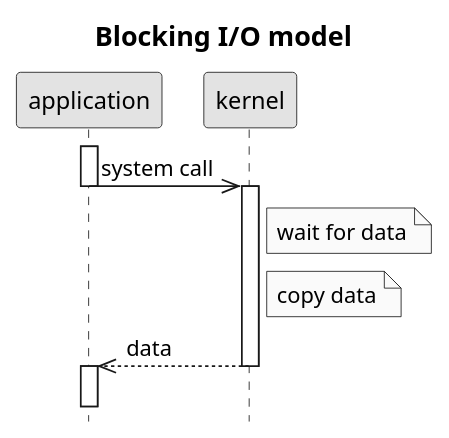
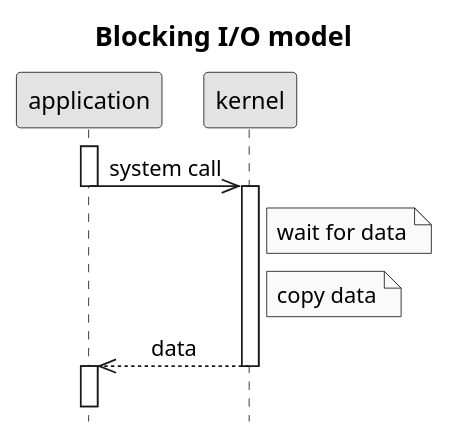
Before and after one commit to c0p4c4b4n4/demo-sockets-io-nio-nio2: the diagram in .images/blocking IO model.puml, drawn with PlantUML. The commit also changed 4 other files, not shown here.

```diff
--- a/.images/blocking IO model.puml
+++ b/.images/blocking IO model.puml
@@ -1,16 +1,17 @@
 @startuml
 title Blocking I/O model
 hide footbox
 skinparam monochrome true
 skinparam titleFontSize 16
+skinparam sequenceMessageAlign center
 activate application
 application->>kernel: system call
 deactivate application
 activate kernel
 Note right of kernel: wait for data
 Note right of kernel: copy data
 kernel-->>application: data
 deactivate kernel
 activate application
 ||15||
 @enduml
```
